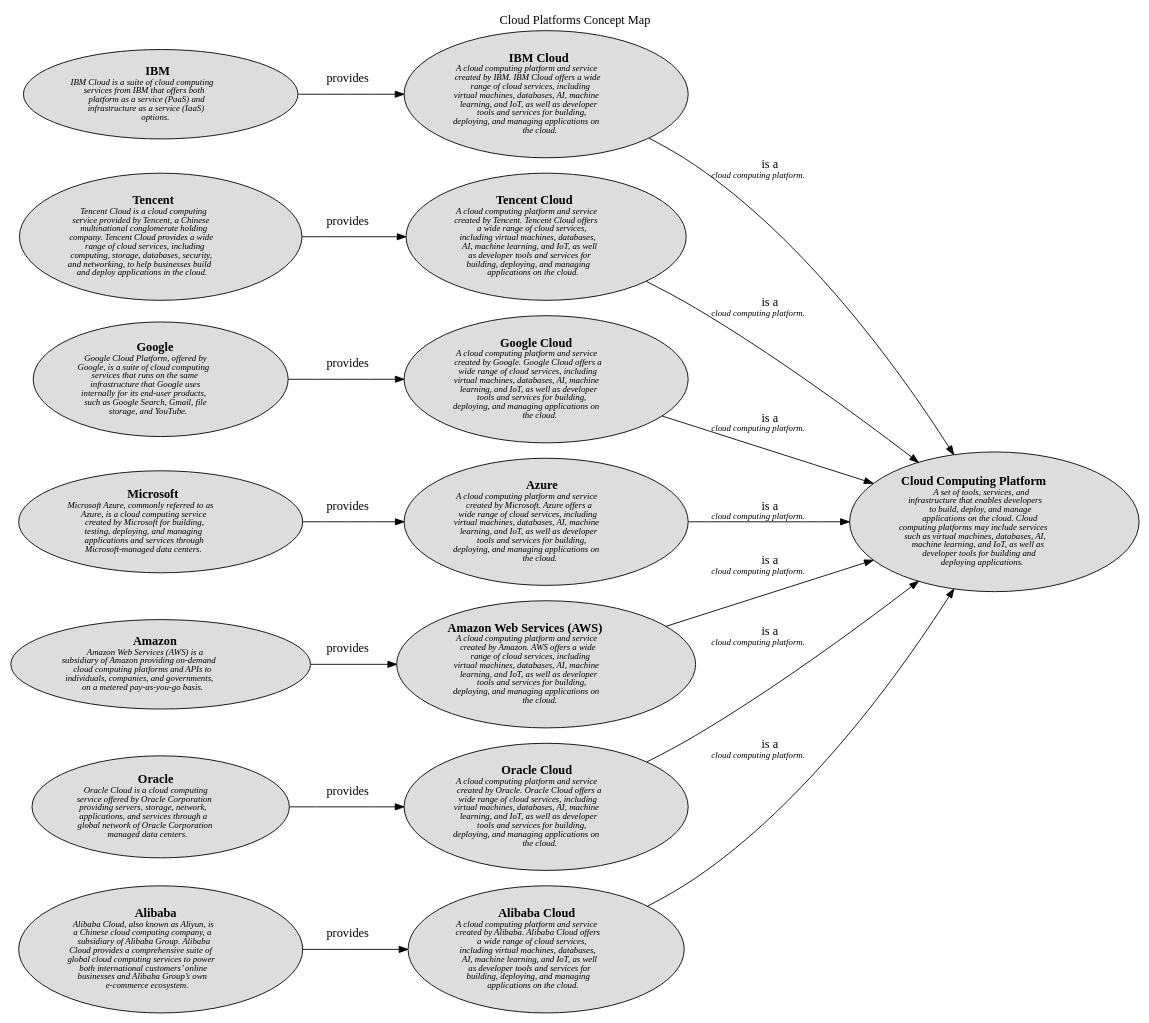
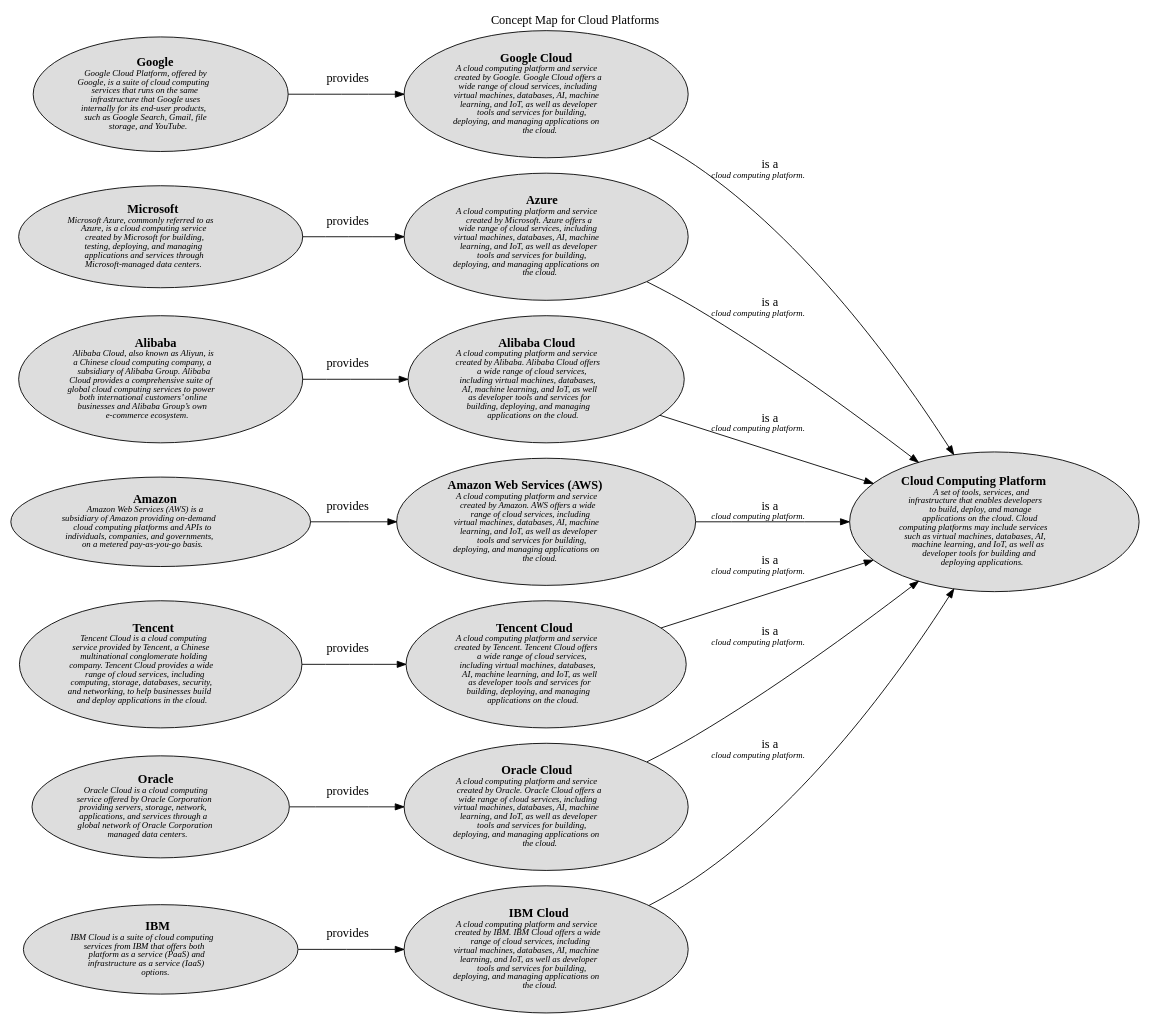
The diagram in docs/software-development/cloud/platform/concept-view.dot (lsolbach/overarch-models), drawn with Graphviz before and after one commit. The commit also changed 120 other files, not shown here.

```diff
--- a/docs/software-development/cloud/platform/concept-view.dot
+++ b/docs/software-development/cloud/platform/concept-view.dot
@@ -1,40 +1,40 @@
-digraph "Cloud Platforms Concept Map" {
+digraph "Concept Map for Cloud Platforms" {
   labelloc= "t"
-  label="Cloud Platforms Concept Map"
+  label="Concept Map for Cloud Platforms"
   rankdir="LR"
 
   layout=dot
+software_development_cloud_platform__ibm_cloud [shape=ellipse style=filled fillcolor="#dddddd" label=<<B>IBM Cloud</B><BR/><FONT POINT-SIZE="10"><I>A cloud computing platform and service<BR/>created by IBM. IBM Cloud offers a wide<BR/>range of cloud services, including<BR/>virtual machines, databases, AI, machine<BR/>learning, and IoT, as well as developer<BR/>tools and services for building,<BR/>deploying, and managing applications on<BR/>the cloud. </I></FONT>>]
 software_development_cloud_provider__ibm [shape=ellipse style=filled fillcolor="#dddddd" label=<<B>IBM</B><BR/><FONT POINT-SIZE="10"><I>IBM Cloud is a suite of cloud computing<BR/>services from IBM that offers both<BR/>platform as a service (PaaS) and<BR/>infrastructure as a service (IaaS)<BR/>options. </I></FONT>>]
 software_development_cloud_provider__tencent [shape=ellipse style=filled fillcolor="#dddddd" label=<<B>Tencent</B><BR/><FONT POINT-SIZE="10"><I>Tencent Cloud is a cloud computing<BR/>service provided by Tencent, a Chinese<BR/>multinational conglomerate holding<BR/>company. Tencent Cloud provides a wide<BR/>range of cloud services, including<BR/>computing, storage, databases, security,<BR/>and networking, to help businesses build<BR/>and deploy applications in the cloud. </I></FONT>>]
 software_development_cloud_provider__google [shape=ellipse style=filled fillcolor="#dddddd" label=<<B>Google</B><BR/><FONT POINT-SIZE="10"><I>Google Cloud Platform, offered by<BR/>Google, is a suite of cloud computing<BR/>services that runs on the same<BR/>infrastructure that Google uses<BR/>internally for its end-user products,<BR/>such as Google Search, Gmail, file<BR/>storage, and YouTube. </I></FONT>>]
-software_development_cloud_platform__tencent_cloud [shape=ellipse style=filled fillcolor="#dddddd" label=<<B>Tencent Cloud</B><BR/><FONT POINT-SIZE="10"><I>A cloud computing platform and service<BR/>created by Tencent. Tencent Cloud offers<BR/>a wide range of cloud services,<BR/>including virtual machines, databases,<BR/>AI, machine learning, and IoT, as well<BR/>as developer tools and services for<BR/>building, deploying, and managing<BR/>applications on the cloud. </I></FONT>>]
 software_development_cloud_platform__google_cloud [shape=ellipse style=filled fillcolor="#dddddd" label=<<B>Google Cloud</B><BR/><FONT POINT-SIZE="10"><I>A cloud computing platform and service<BR/>created by Google. Google Cloud offers a<BR/>wide range of cloud services, including<BR/>virtual machines, databases, AI, machine<BR/>learning, and IoT, as well as developer<BR/>tools and services for building,<BR/>deploying, and managing applications on<BR/>the cloud. </I></FONT>>]
-software_development_cloud_platform__ibm_cloud [shape=ellipse style=filled fillcolor="#dddddd" label=<<B>IBM Cloud</B><BR/><FONT POINT-SIZE="10"><I>A cloud computing platform and service<BR/>created by IBM. IBM Cloud offers a wide<BR/>range of cloud services, including<BR/>virtual machines, databases, AI, machine<BR/>learning, and IoT, as well as developer<BR/>tools and services for building,<BR/>deploying, and managing applications on<BR/>the cloud. </I></FONT>>]
+software_development_cloud_platform__azure [shape=ellipse style=filled fillcolor="#dddddd" label=<<B>Azure</B><BR/><FONT POINT-SIZE="10"><I>A cloud computing platform and service<BR/>created by Microsoft. Azure offers a<BR/>wide range of cloud services, including<BR/>virtual machines, databases, AI, machine<BR/>learning, and IoT, as well as developer<BR/>tools and services for building,<BR/>deploying, and managing applications on<BR/>the cloud. </I></FONT>>]
 software_development_cloud_provider__amazon [shape=ellipse style=filled fillcolor="#dddddd" label=<<B>Amazon</B><BR/><FONT POINT-SIZE="10"><I>Amazon Web Services (AWS) is a<BR/>subsidiary of Amazon providing on-demand<BR/>cloud computing platforms and APIs to<BR/>individuals, companies, and governments,<BR/>on a metered pay-as-you-go basis. </I></FONT>>]
 software_development_cloud__cloud_computing_platform [shape=ellipse style=filled fillcolor="#dddddd" label=<<B>Cloud Computing Platform</B><BR/><FONT POINT-SIZE="10"><I>A set of tools, services, and<BR/>infrastructure that enables developers<BR/>to build, deploy, and manage<BR/>applications on the cloud. Cloud<BR/>computing platforms may include services<BR/>such as virtual machines, databases, AI,<BR/>machine learning, and IoT, as well as<BR/>developer tools for building and<BR/>deploying applications. </I></FONT>>]
 software_development_cloud_provider__oracle [shape=ellipse style=filled fillcolor="#dddddd" label=<<B>Oracle</B><BR/><FONT POINT-SIZE="10"><I>Oracle Cloud is a cloud computing<BR/>service offered by Oracle Corporation<BR/>providing servers, storage, network,<BR/>applications, and services through a<BR/>global network of Oracle Corporation<BR/>managed data centers. </I></FONT>>]
-software_development_cloud_platform__azure [shape=ellipse style=filled fillcolor="#dddddd" label=<<B>Azure</B><BR/><FONT POINT-SIZE="10"><I>A cloud computing platform and service<BR/>created by Microsoft. Azure offers a<BR/>wide range of cloud services, including<BR/>virtual machines, databases, AI, machine<BR/>learning, and IoT, as well as developer<BR/>tools and services for building,<BR/>deploying, and managing applications on<BR/>the cloud. </I></FONT>>]
 software_development_cloud_provider__microsoft [shape=ellipse style=filled fillcolor="#dddddd" label=<<B>Microsoft</B><BR/><FONT POINT-SIZE="10"><I>Microsoft Azure, commonly referred to as<BR/>Azure, is a cloud computing service<BR/>created by Microsoft for building,<BR/>testing, deploying, and managing<BR/>applications and services through<BR/>Microsoft-managed data centers. </I></FONT>>]
 software_development_cloud_provider__alibaba [shape=ellipse style=filled fillcolor="#dddddd" label=<<B>Alibaba</B><BR/><FONT POINT-SIZE="10"><I>Alibaba Cloud, also known as Aliyun, is<BR/>a Chinese cloud computing company, a<BR/>subsidiary of Alibaba Group. Alibaba<BR/>Cloud provides a comprehensive suite of<BR/>global cloud computing services to power<BR/>both international customers’ online<BR/>businesses and Alibaba Group’s own<BR/>e-commerce ecosystem. </I></FONT>>]
+software_development_cloud_platform__alibaba_cloud [shape=ellipse style=filled fillcolor="#dddddd" label=<<B>Alibaba Cloud</B><BR/><FONT POINT-SIZE="10"><I>A cloud computing platform and service<BR/>created by Alibaba. Alibaba Cloud offers<BR/>a wide range of cloud services,<BR/>including virtual machines, databases,<BR/>AI, machine learning, and IoT, as well<BR/>as developer tools and services for<BR/>building, deploying, and managing<BR/>applications on the cloud. </I></FONT>>]
 software_development_cloud_platform__aws [shape=ellipse style=filled fillcolor="#dddddd" label=<<B>Amazon Web Services (AWS)</B><BR/><FONT POINT-SIZE="10"><I>A cloud computing platform and service<BR/>created by Amazon. AWS offers a wide<BR/>range of cloud services, including<BR/>virtual machines, databases, AI, machine<BR/>learning, and IoT, as well as developer<BR/>tools and services for building,<BR/>deploying, and managing applications on<BR/>the cloud. </I></FONT>>]
+software_development_cloud_platform__tencent_cloud [shape=ellipse style=filled fillcolor="#dddddd" label=<<B>Tencent Cloud</B><BR/><FONT POINT-SIZE="10"><I>A cloud computing platform and service<BR/>created by Tencent. Tencent Cloud offers<BR/>a wide range of cloud services,<BR/>including virtual machines, databases,<BR/>AI, machine learning, and IoT, as well<BR/>as developer tools and services for<BR/>building, deploying, and managing<BR/>applications on the cloud. </I></FONT>>]
 software_development_cloud_platform__oracle_cloud [shape=ellipse style=filled fillcolor="#dddddd" label=<<B>Oracle Cloud</B><BR/><FONT POINT-SIZE="10"><I>A cloud computing platform and service<BR/>created by Oracle. Oracle Cloud offers a<BR/>wide range of cloud services, including<BR/>virtual machines, databases, AI, machine<BR/>learning, and IoT, as well as developer<BR/>tools and services for building,<BR/>deploying, and managing applications on<BR/>the cloud. </I></FONT>>]
-software_development_cloud_platform__alibaba_cloud [shape=ellipse style=filled fillcolor="#dddddd" label=<<B>Alibaba Cloud</B><BR/><FONT POINT-SIZE="10"><I>A cloud computing platform and service<BR/>created by Alibaba. Alibaba Cloud offers<BR/>a wide range of cloud services,<BR/>including virtual machines, databases,<BR/>AI, machine learning, and IoT, as well<BR/>as developer tools and services for<BR/>building, deploying, and managing<BR/>applications on the cloud. </I></FONT>>]
  
 software_development_cloud_platform__ibm_cloud -> software_development_cloud__cloud_computing_platform [label=<is a<BR/><FONT POINT-SIZE="10"><I>cloud computing platform. </I></FONT>>]
 software_development_cloud_platform__alibaba_cloud -> software_development_cloud__cloud_computing_platform [label=<is a<BR/><FONT POINT-SIZE="10"><I>cloud computing platform. </I></FONT>>]
 software_development_cloud_provider__alibaba -> software_development_cloud_platform__alibaba_cloud [label=<provides<BR/><FONT POINT-SIZE="10"><I> </I></FONT>>]
 software_development_cloud_platform__oracle_cloud -> software_development_cloud__cloud_computing_platform [label=<is a<BR/><FONT POINT-SIZE="10"><I>cloud computing platform. </I></FONT>>]
 software_development_cloud_provider__ibm -> software_development_cloud_platform__ibm_cloud [label=<provides<BR/><FONT POINT-SIZE="10"><I> </I></FONT>>]
 software_development_cloud_provider__oracle -> software_development_cloud_platform__oracle_cloud [label=<provides<BR/><FONT POINT-SIZE="10"><I> </I></FONT>>]
 software_development_cloud_platform__google_cloud -> software_development_cloud__cloud_computing_platform [label=<is a<BR/><FONT POINT-SIZE="10"><I>cloud computing platform. </I></FONT>>]
 software_development_cloud_provider__amazon -> software_development_cloud_platform__aws [label=<provides<BR/><FONT POINT-SIZE="10"><I> </I></FONT>>]
 software_development_cloud_platform__azure -> software_development_cloud__cloud_computing_platform [label=<is a<BR/><FONT POINT-SIZE="10"><I>cloud computing platform. </I></FONT>>]
 software_development_cloud_platform__tencent_cloud -> software_development_cloud__cloud_computing_platform [label=<is a<BR/><FONT POINT-SIZE="10"><I>cloud computing platform. </I></FONT>>]
 software_development_cloud_provider__microsoft -> software_development_cloud_platform__azure [label=<provides<BR/><FONT POINT-SIZE="10"><I> </I></FONT>>]
 software_development_cloud_provider__tencent -> software_development_cloud_platform__tencent_cloud [label=<provides<BR/><FONT POINT-SIZE="10"><I> </I></FONT>>]
 software_development_cloud_platform__aws -> software_development_cloud__cloud_computing_platform [label=<is a<BR/><FONT POINT-SIZE="10"><I>cloud computing platform. </I></FONT>>]
 software_development_cloud_provider__google -> software_development_cloud_platform__google_cloud [label=<provides<BR/><FONT POINT-SIZE="10"><I> </I></FONT>>]
  
 }
 
 // (generated by Overarch with template views/view.dot.cmb)
```
